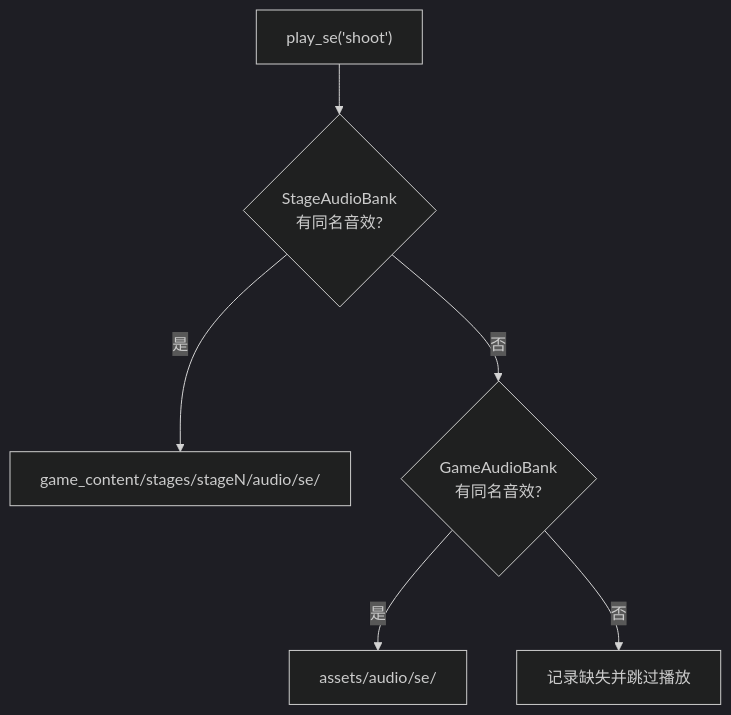
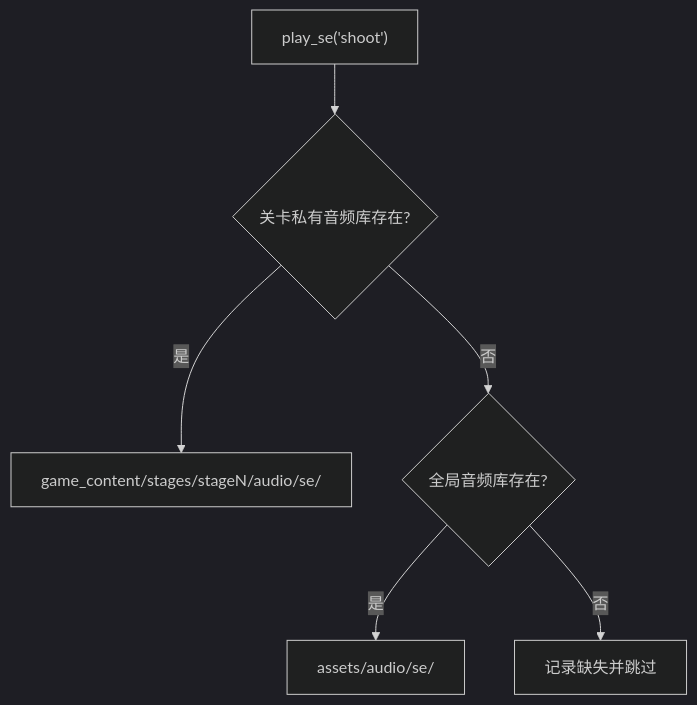
The sixth of 6 diagrams in docs/architecture.md (qwqpap/PythonSTG), drawn with Mermaid (dark theme) before and after one commit. The commit also changed other lines of this file and 19 other files, not shown here.

````diff
--- a/docs/architecture.md
+++ b/docs/architecture.md
@@ -210,8 +156,8 @@
 ```mermaid
 flowchart TB
-    play["play_se('shoot')"] --> stageBank{"StageAudioBank<br/>有同名音效?"}
+    play["play_se('shoot')"] --> stageBank{"关卡私有音频库存在?"}
     stageBank -- 是 --> stagePath["game_content/stages/stageN/audio/se/"]
-    stageBank -- 否 --> gameBank{"GameAudioBank<br/>有同名音效?"}
+    stageBank -- 否 --> gameBank{"全局音频库存在?"}
     gameBank -- 是 --> globalPath["assets/audio/se/"]
-    gameBank -- 否 --> warn["记录缺失并跳过播放"]
+    gameBank -- 否 --> warn["记录缺失并跳过"]
 ```
````
